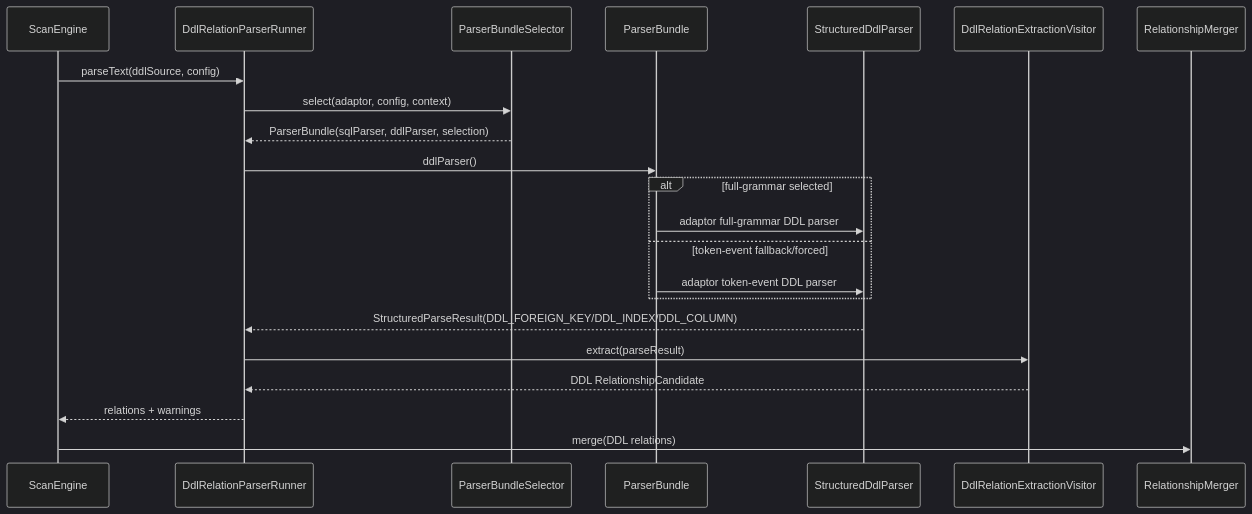
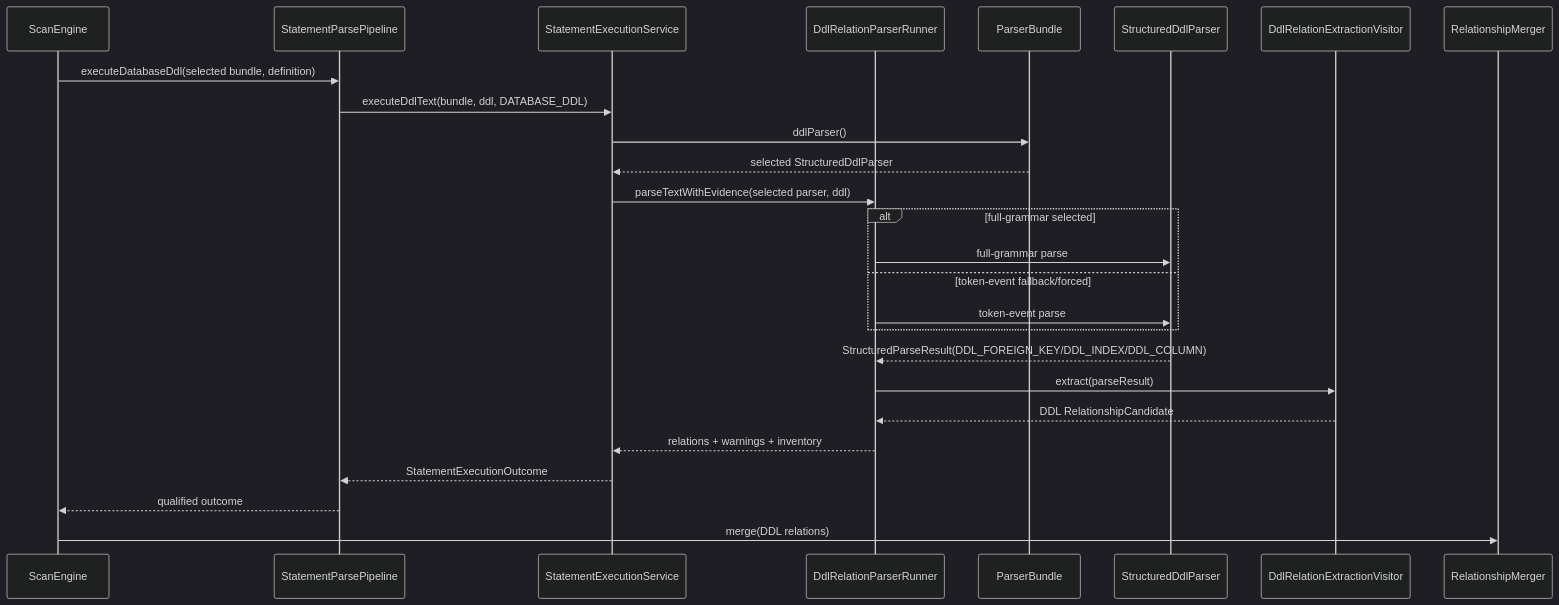
Before and after one commit to xiaoguang/relation-detector: the fifth of 7 diagrams in docs/design/relation-detector/phase-06-parser-enhancement.md, drawn with Mermaid (dark theme). The commit also changed other lines of this file and 81 other files, not shown here.

````diff
--- a/docs/design/relation-detector/phase-06-parser-enhancement.md
+++ b/docs/design/relation-detector/phase-06-parser-enhancement.md
@@ -548,25 +551,29 @@
 ```mermaid
 sequenceDiagram
   participant SE as ScanEngine
+  participant SPP as StatementParsePipeline
+  participant SES as StatementExecutionService
   participant DR as DdlRelationParserRunner
-  participant PBS as ParserBundleSelector
   participant PB as ParserBundle
   participant DP as StructuredDdlParser
   participant DE as DdlRelationExtractionVisitor
   participant RM as RelationshipMerger
 
-  SE->>DR: parseText(ddlSource, config)
-  DR->>PBS: select(adaptor, config, context)
-  PBS-->>DR: ParserBundle(sqlParser, ddlParser, selection)
-  DR->>PB: ddlParser()
+  SE->>SPP: executeDatabaseDdl(selected bundle, definition)
+  SPP->>SES: executeDdlText(bundle, ddl, DATABASE_DDL)
+  SES->>PB: ddlParser()
+  PB-->>SES: selected StructuredDdlParser
+  SES->>DR: parseTextWithEvidence(selected parser, ddl)
   alt full-grammar selected
-    PB->>DP: adaptor full-grammar DDL parser
+    DR->>DP: full-grammar parse
   else token-event fallback/forced
-    PB->>DP: adaptor token-event DDL parser
+    DR->>DP: token-event parse
   end
   DP-->>DR: StructuredParseResult(DDL_FOREIGN_KEY/DDL_INDEX/DDL_COLUMN)
   DR->>DE: extract(parseResult)
   DE-->>DR: DDL RelationshipCandidate
-  DR-->>SE: relations + warnings
+  DR-->>SES: relations + warnings + inventory
+  SES-->>SPP: StatementExecutionOutcome
+  SPP-->>SE: qualified outcome
   SE->>RM: merge(DDL relations)
 ```
````
